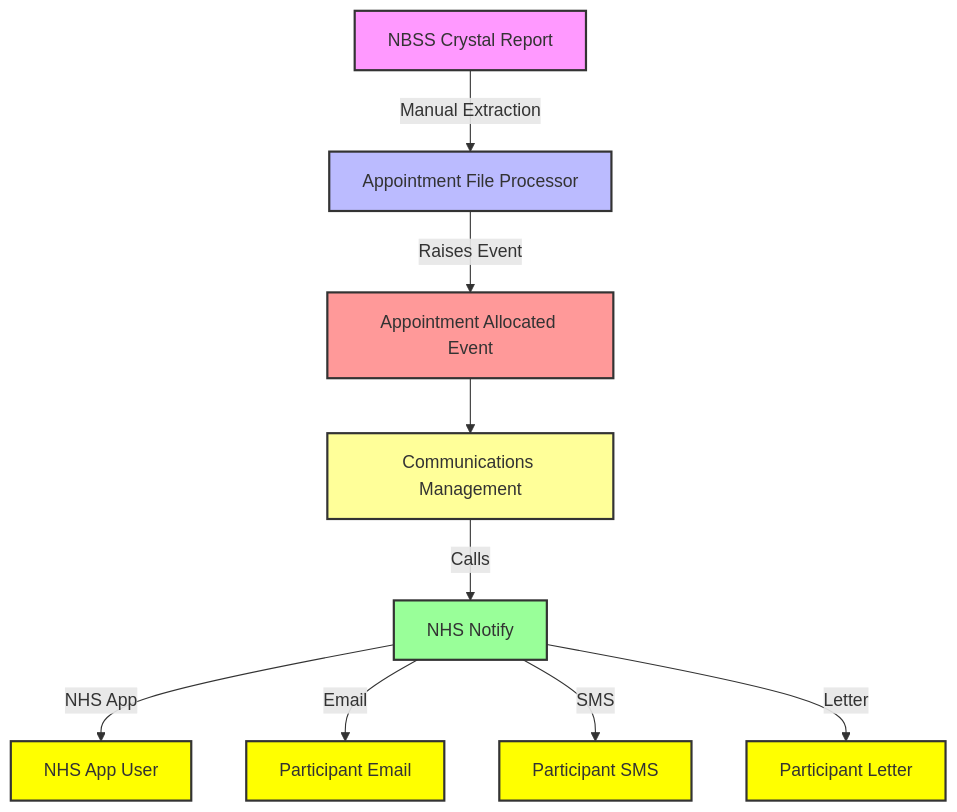
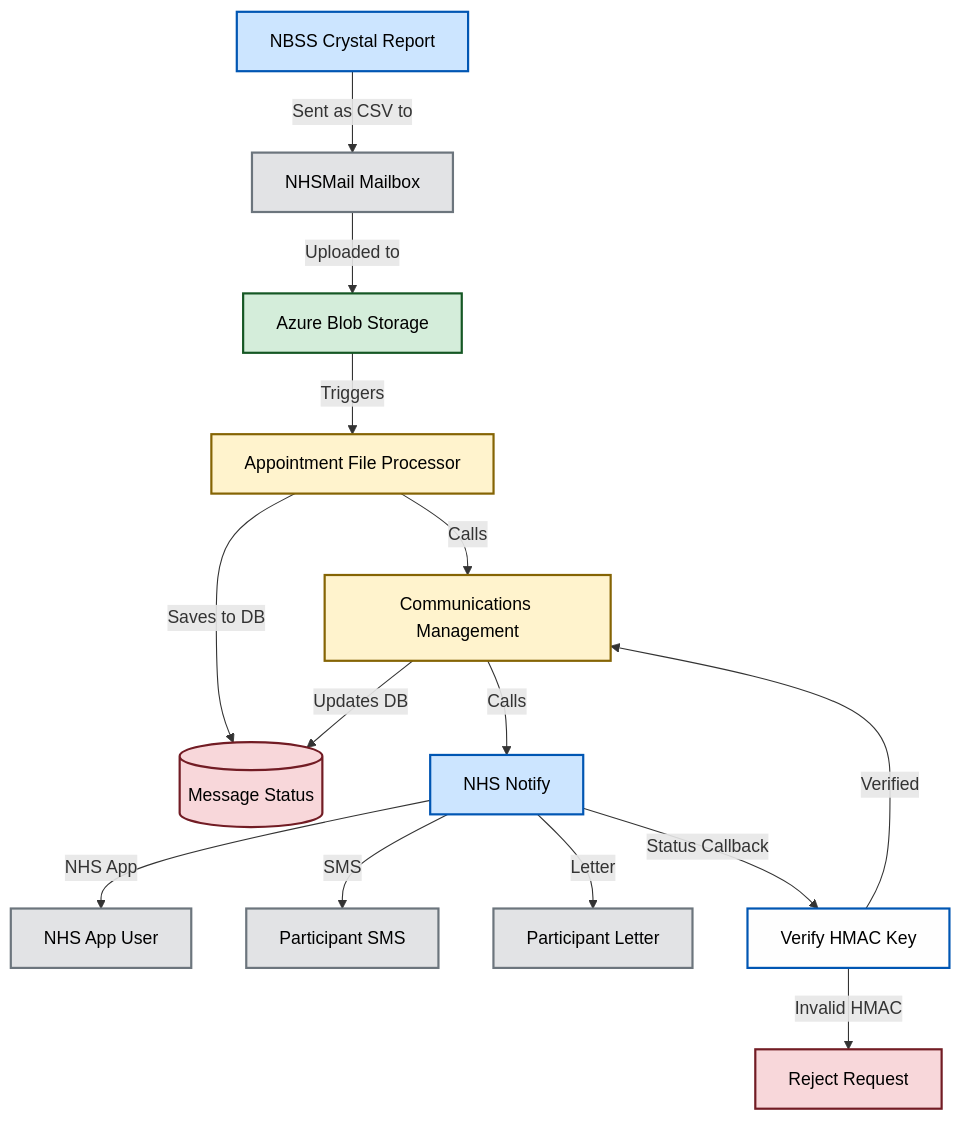
One commit to NHSDigital/dtos-communication-management changed the diagram in README.md. Above: the diagram before and after it, drawn with Mermaid.

Commit message:
updated diagram with actual flow on it

````diff
--- a/README.md
+++ b/README.md
@@ -10,22 +10,30 @@
 ```mermaid
 graph TD
-    A[NBSS Crystal Report] -->|Manual Extraction| B[Appointment File Processor]
-    B -->|Raises Event| C[Appointment Allocated Event]
-    C --> D[Communications Management]
+    A[NBSS Crystal Report] -->|Sent as CSV to | M[NHSMail Mailbox]
+    M -->|Uploaded to| N[Azure Blob Storage]
+    N -->|Triggers| B[Appointment File Processor]
+    B -->|Saves to DB| J[(Message Status)]
+    B -->|Calls| D[Communications Management]
     D -->|Calls| E[NHS Notify]
-
     E -->|NHS App| F[NHS App User]
-    E -->|Email| G[Participant Email]
     E -->|SMS| H[Participant SMS]
     E -->|Letter| I[Participant Letter]
+    E -->|Status Callback| K[Verify HMAC Key]
+    K -->|Verified| D
+    K -->|Invalid HMAC| L[Reject Request]
 
-    style A fill:#f9f,stroke:#333,stroke-width:2px;
-    style B fill:#bbf,stroke:#333,stroke-width:2px;
-    style C fill:#f99,stroke:#333,stroke-width:2px;
-    style D fill:#ff9,stroke:#333,stroke-width:2px;
-    style E fill:#9f9,stroke:#333,stroke-width:2px;
-    style F fill:#ff0,stroke:#333,stroke-width:2px;
-    style G fill:#ff0,stroke:#333,stroke-width:2px;
-    style H fill:#ff0,stroke:#333,stroke-width:2px;
-    style I fill:#ff0,stroke:#333,stroke-width:2px;
+    D -->|Updates DB| J
+
+    style A fill:#cce5ff,stroke:#0056b3,stroke-width:2px,color:#000;
+    style M fill:#e2e3e5,stroke:#6c757d,stroke-width:2px,color:#000;
+    style N fill:#d4edda,stroke:#155724,stroke-width:2px,color:#000;
+    style B fill:#fff3cd,stroke:#856404,stroke-width:2px,color:#000;
+    style D fill:#fff3cd,stroke:#856404,stroke-width:2px,color:#000;
+    style E fill:#cce5ff,stroke:#0056b3,stroke-width:2px,color:#000;
+    style F fill:#e2e3e5,stroke:#6c757d,stroke-width:2px,color:#000;
+    style H fill:#e2e3e5,stroke:#6c757d,stroke-width:2px,color:#000;
+    style I fill:#e2e3e5,stroke:#6c757d,stroke-width:2px,color:#000;
+    style J fill:#f8d7da,stroke:#721c24,stroke-width:2px,color:#000;
+    style K fill:#fefefe,stroke:#0056b3,stroke-width:2px,color:#000;
+    style L fill:#f8d7da,stroke:#721c24,stroke-width:2px,color:#000;
 ```
````
